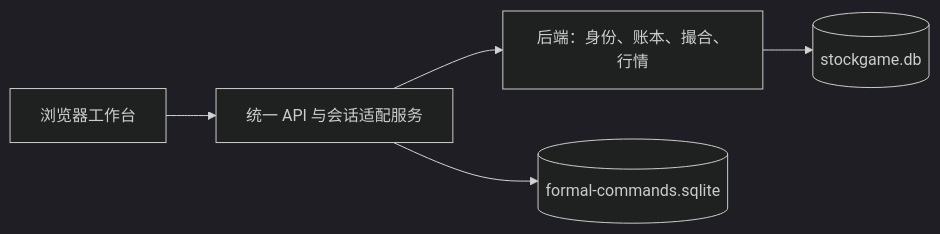
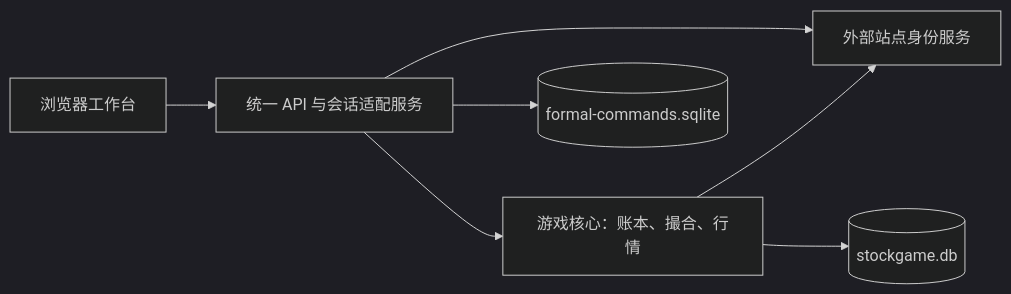
One commit to bobbychina32747/StockGameOnlinePro changed the diagram in README.zh.md. Above: the diagram before and after it, drawn with Mermaid (dark theme). The commit also changed other lines of this file and 174 other files, not shown here.

````diff
--- a/README.zh.md
+++ b/README.zh.md
@@ -154,7 +156,9 @@
 ```mermaid
 flowchart LR
     Player[浏览器工作台] --> Adapter[统一 API 与会话适配服务]
-    Adapter --> Core[后端：身份、账本、撮合、行情]
+    Adapter --> Core[游戏核心：账本、撮合、行情]
+    Adapter --> Identity[外部站点身份服务]
+    Core --> Identity
     Core --> Ledger[(stockgame.db)]
     Adapter --> Commands[(formal-commands.sqlite)]
 ```
````
